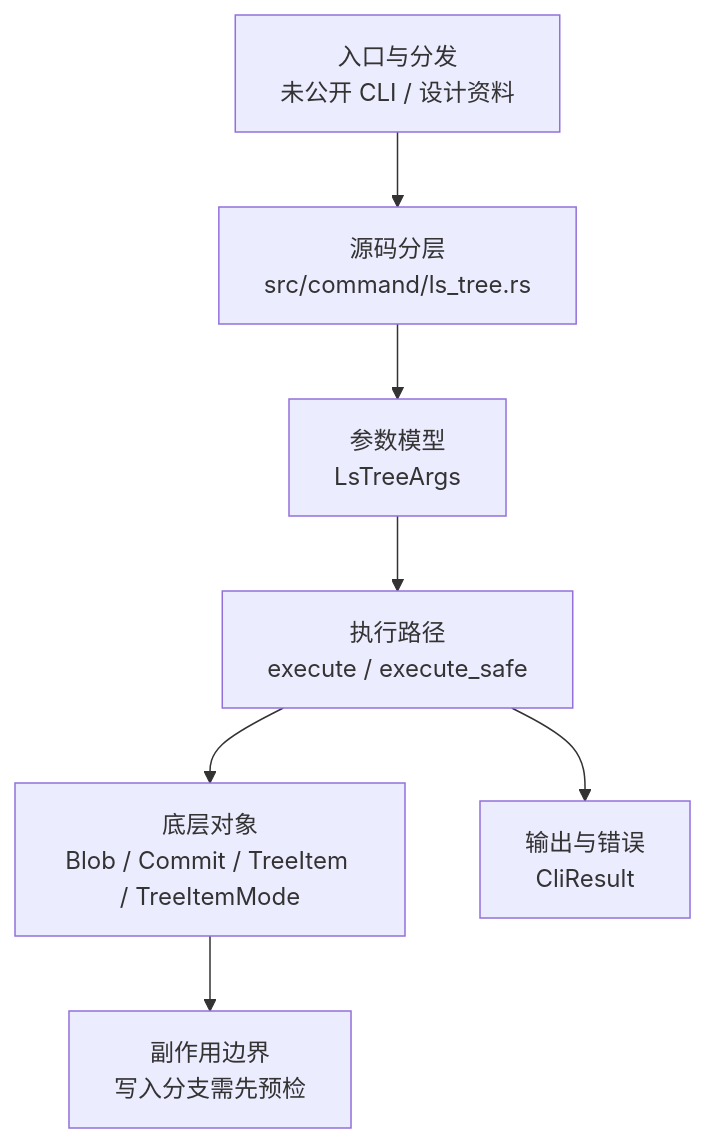
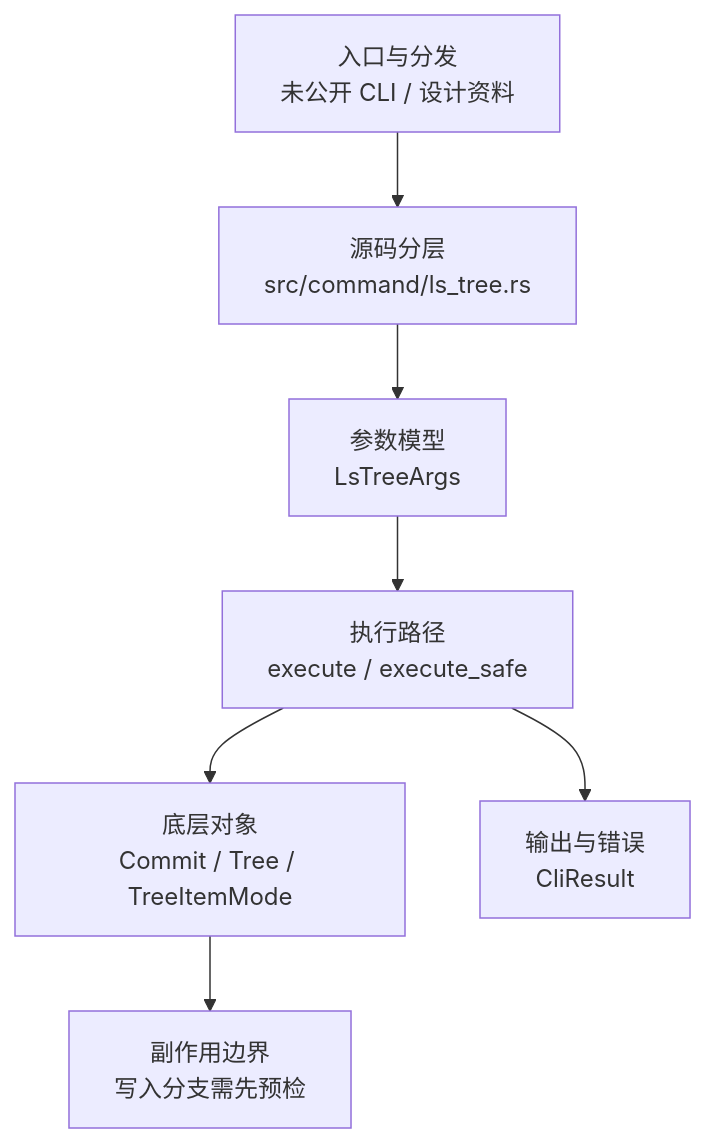
Before and after one commit to web3infra-foundation/libra: the diagram in docs/development/commands/ls-tree.md, drawn with Mermaid. The commit also changed other lines of this file and 65 other files, not shown here.

````diff
--- a/docs/development/commands/ls-tree.md
+++ b/docs/development/commands/ls-tree.md
@@ -22,9 +22,9 @@
 ```mermaid
 flowchart TD
     A["入口与分发<br/>未公开 CLI / 设计资料"] --> B["源码分层<br/>src/command/ls_tree.rs"]
     B --> C["参数模型<br/>LsTreeArgs"]
     C --> D["执行路径<br/>execute / execute_safe"]
-    D --> E["底层对象<br/>Blob / Commit / TreeItem / TreeItemMode"]
+    D --> E["底层对象<br/>Commit / Tree / TreeItemMode"]
     D --> F["输出与错误<br/>CliResult"]
     E --> G["副作用边界<br/>写入分支需先预检"]
 ```
````
